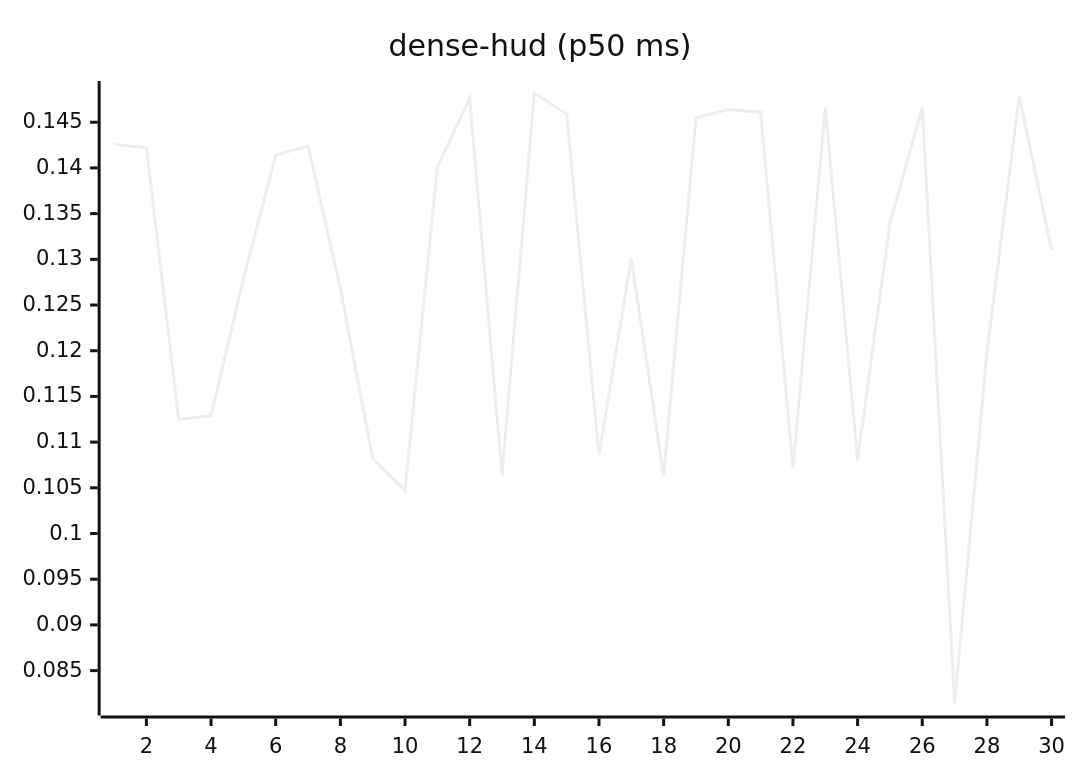
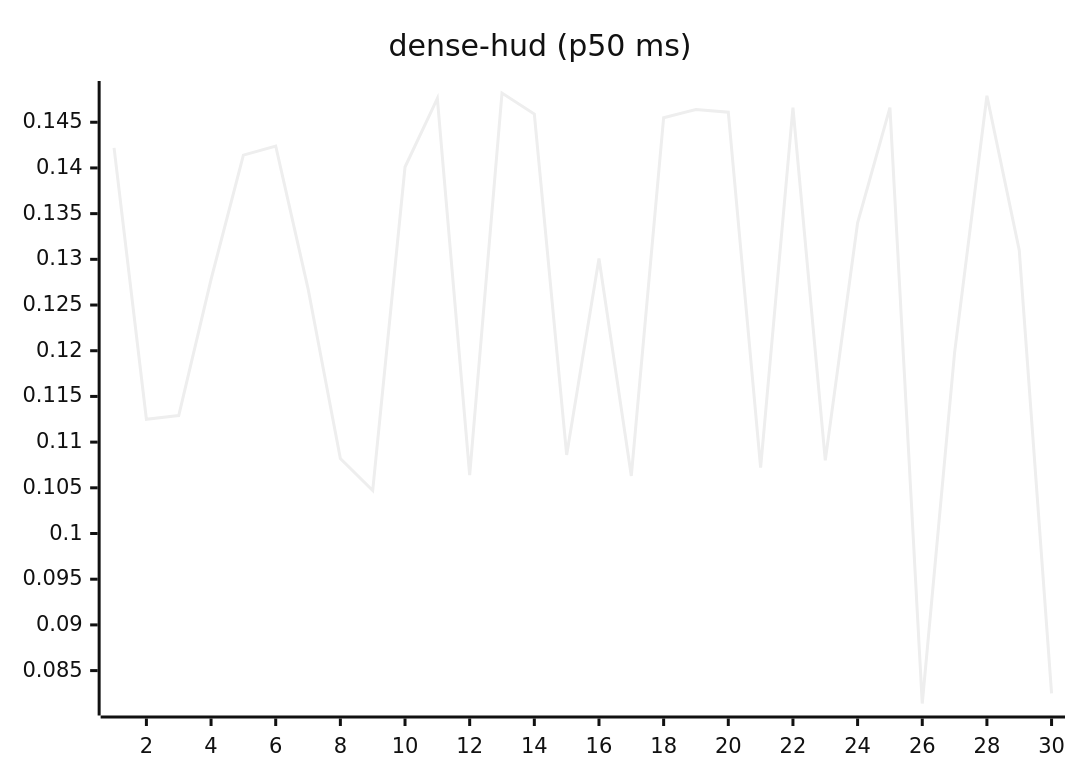
The eighth of 27 diagrams in README.md (josha/Facet), drawn with Mermaid (neutral theme) before and after one commit. The commit also changed other lines of this file and 2 other files, not shown here.

````diff
--- a/README.md
+++ b/README.md
@@ -112,6 +112,6 @@
 ```mermaid
 xychart-beta
     title "dense-hud (p50 ms)"
     x-axis 1 --> 30
-    line [0.1426, 0.1422, 0.1125, 0.1129, 0.1278, 0.1414, 0.1424, 0.1268, 0.1082, 0.1047, 0.1401, 0.1476, 0.1064, 0.1482, 0.1459, 0.1086, 0.1301, 0.1063, 0.1455, 0.1464, 0.1461, 0.1072, 0.1466, 0.1080, 0.1340, 0.1466, 0.0814, 0.1198, 0.1479, 0.1310]
+    line [0.1422, 0.1125, 0.1129, 0.1278, 0.1414, 0.1424, 0.1268, 0.1082, 0.1047, 0.1401, 0.1476, 0.1064, 0.1482, 0.1459, 0.1086, 0.1301, 0.1063, 0.1455, 0.1464, 0.1461, 0.1072, 0.1466, 0.1080, 0.1340, 0.1466, 0.0814, 0.1198, 0.1479, 0.1310, 0.0825]
 ```
````
